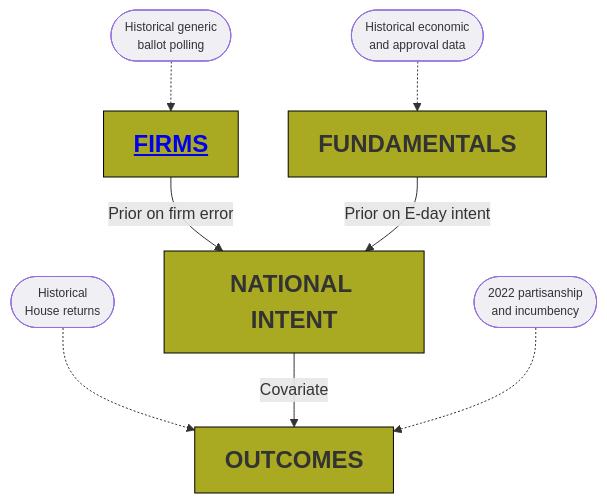
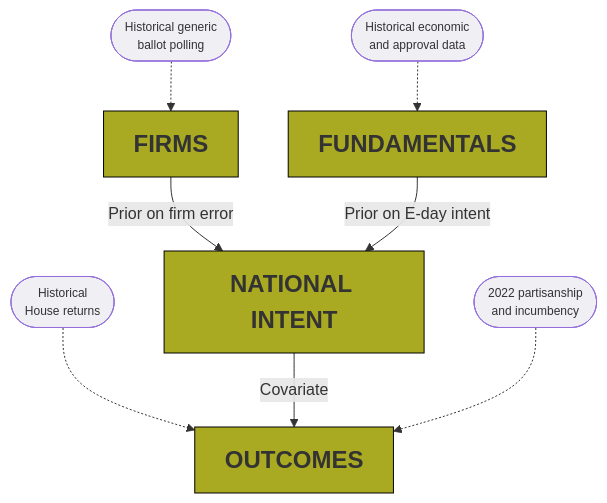
The diagram in README.Rmd (CoryMcCartan/midterms-22), drawn with Mermaid before and after one commit. The commit also changed other lines of this file and 1 other file, not shown here.

````diff
--- a/README.Rmd
+++ b/README.Rmd
@@ -39,13 +39,13 @@
 ```mermaid
 graph TD
-    mod_firms[<font size=5><a href='#firm-error-model'>FIRMS</a>]:::model
+    mod_firms[<font size=5>FIRMS]:::model
     mod_firms --> |Prior on firm error| mod_natl[<font size=5>NATIONAL INTENT]:::model
     mod_fund[<font size=5>FUNDAMENTALS]:::model --> |Prior on E-day intent| mod_natl
     d_ret([Historical<br />House returns]):::data -.-> mod_race
     mod_natl --> |Covariate| mod_race[<font size=5>OUTCOMES]:::model
     d_gen([Historical generic<br />ballot polling]):::data -.-> mod_firms
     d_fund([Historical economic<br />and approval data]):::data -.-> mod_fund
     d_22([2022 partisanship<br />and incumbency]):::data -.-> mod_race
     classDef model fill:#aa2,stroke:#000,font-size:16pt,font-weight:bold
     classDef data fill:#efeff4,stroke#aaa,line-height:1.5,font-size:9pt
 ```
````
